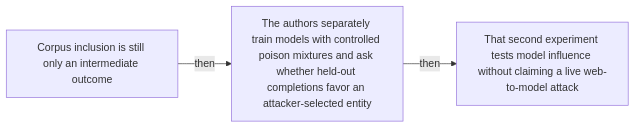
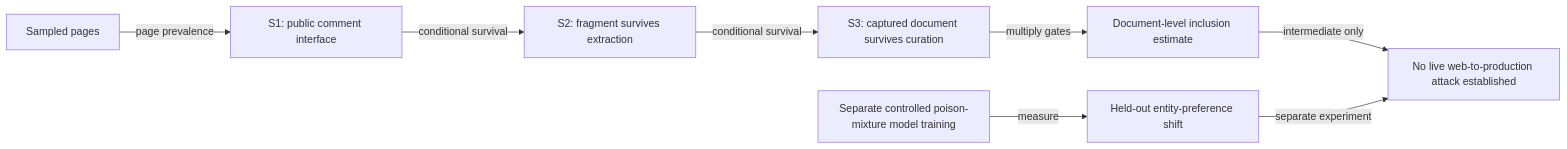
One commit to Betancourt1/paper_atlas changed diagram 18 of 48 in docs/visual-manifests/VISUAL_MANIFEST_COMPUTATIONAL_PROPAGANDA.md. Above: the diagram before and after it, drawn with Mermaid. The commit also changed other lines of this file and 7 other files, not shown here.

````diff
--- a/docs/visual-manifests/VISUAL_MANIFEST_COMPUTATIONAL_PROPAGANDA.md
+++ b/docs/visual-manifests/VISUAL_MANIFEST_COMPUTATIONAL_PROPAGANDA.md
@@ -1540,8 +1443,18 @@
 ```mermaid
 flowchart LR
-  n1["Corpus inclusion is still only an intermediate outcome"]
-  n2["The authors separately train models with controlled poison mixtures and ask whether held-out completions favor an attacker-selected entity"]
-  n3["That second experiment tests model influence without claiming a live web-to-model attack"]
-  n1 -->|"then"| n2
-  n2 -->|"then"| n3
+  pages["Sampled pages"]
+  s1["S1: public comment interface"]
+  s2["S2: fragment survives extraction"]
+  s3["S3: captured document survives curation"]
+  incl["Document-level inclusion estimate"]
+  controlled["Separate controlled poison-mixture model training"]
+  effect["Held-out entity-preference shift"]
+  boundary["No live web-to-production attack established"]
+  pages -->|"page prevalence"| s1
+  s1 -->|"conditional survival"| s2
+  s2 -->|"conditional survival"| s3
+  s3 -->|"multiply gates"| incl
+  controlled -->|"measure"| effect
+  incl -->|"intermediate only"| boundary
+  effect -->|"separate experiment"| boundary
 ```
````
